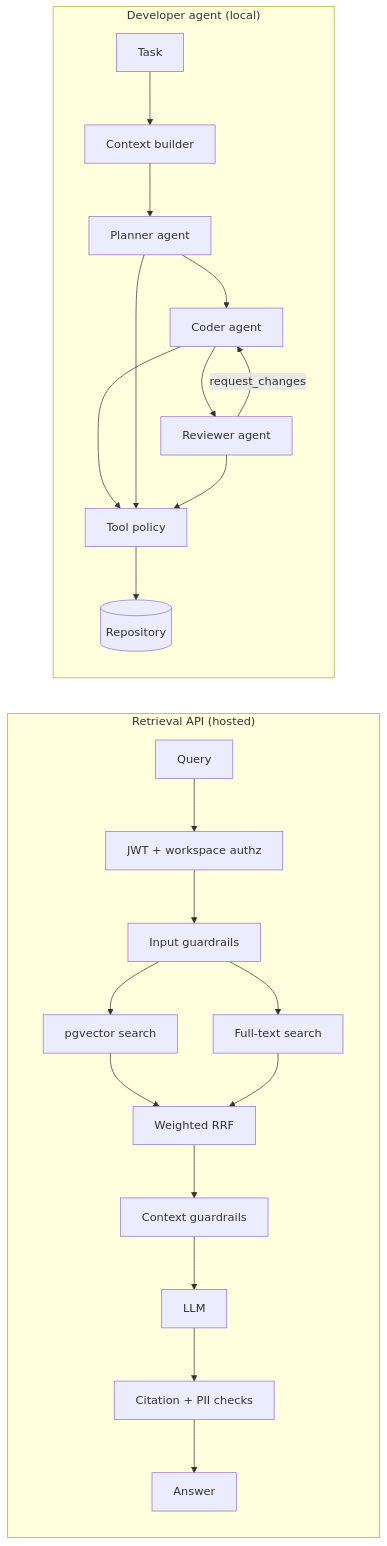
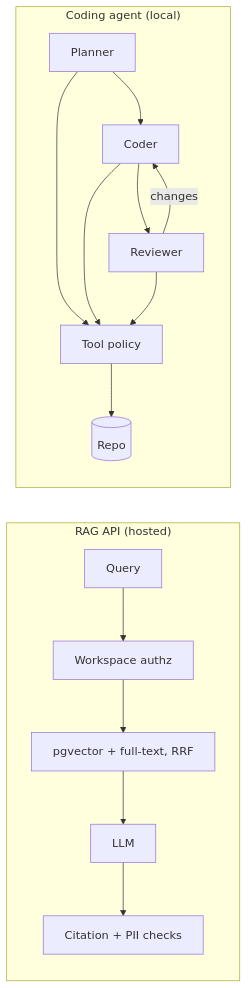
Before and after one commit to FarnazNK/grounded-agent-platform: the diagram in README.md, drawn with Mermaid. The commit also changed other lines of this file, not shown here.

````diff
--- a/README.md
+++ b/README.md
@@ -48,15 +27,11 @@
 ```mermaid
 flowchart LR
-    subgraph API["Retrieval API (hosted)"]
-        q[Query] --> authz[JWT + workspace authz] --> gin[Input guardrails]
-        gin --> dense[pgvector search] & lex[Full-text search]
-        dense & lex --> rrf[Weighted RRF] --> gctx[Context guardrails]
-        gctx --> llm[LLM] --> gout[Citation + PII checks] --> resp[Answer]
+    subgraph API["RAG API (hosted)"]
+        q[Query] --> authz[Workspace authz] --> ret[pgvector + full-text, RRF] --> llm[LLM] --> val[Citation + PII checks]
     end
-    subgraph Agent["Developer agent (local)"]
-        task[Task] --> ctx[Context builder] --> plan[Planner agent]
-        plan --> coder[Coder agent] --> rev[Reviewer agent]
-        rev -- request_changes --> coder
-        coder & plan & rev --> policy[Tool policy] --> repo[(Repository)]
+    subgraph Agent["Coding agent (local)"]
+        plan[Planner] --> coder[Coder] --> rev[Reviewer]
+        rev -- changes --> coder
+        plan & coder & rev --> policy[Tool policy] --> repo[(Repo)]
     end
 ```
````
